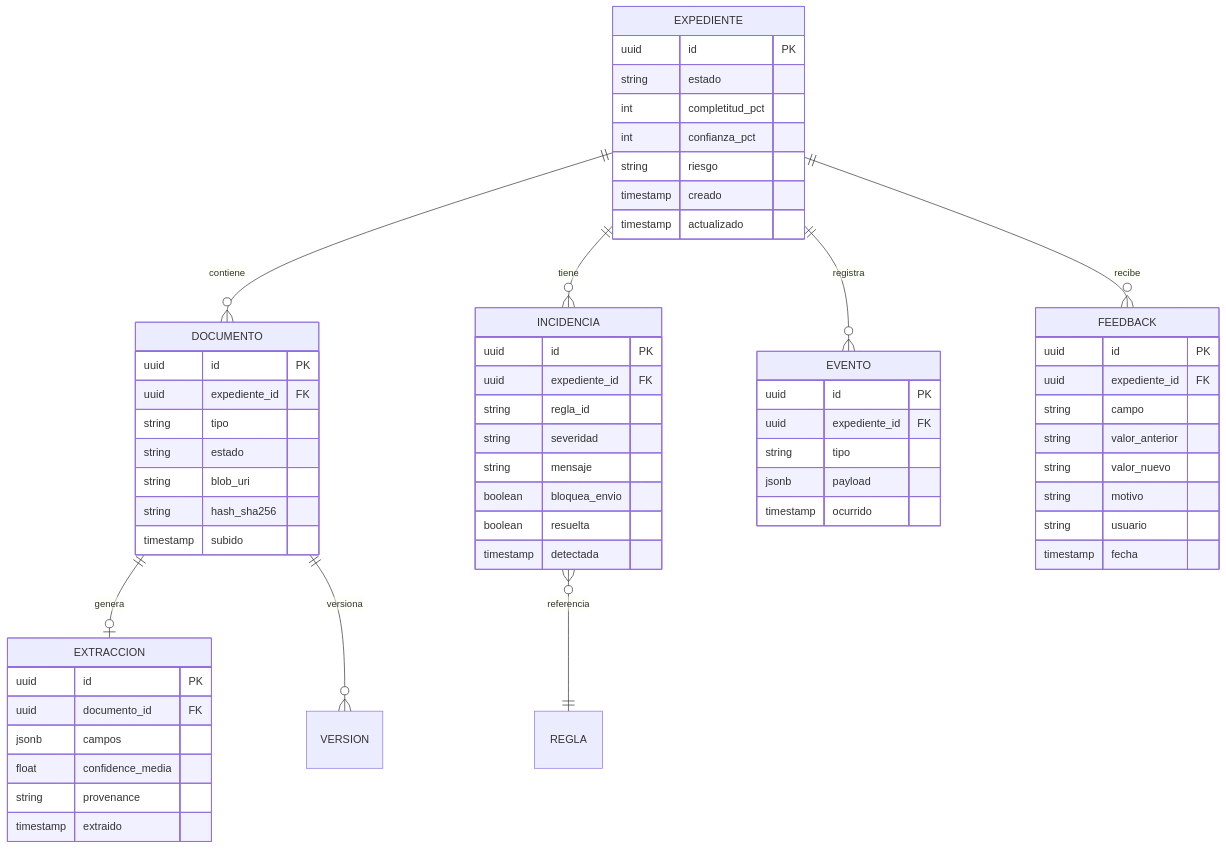
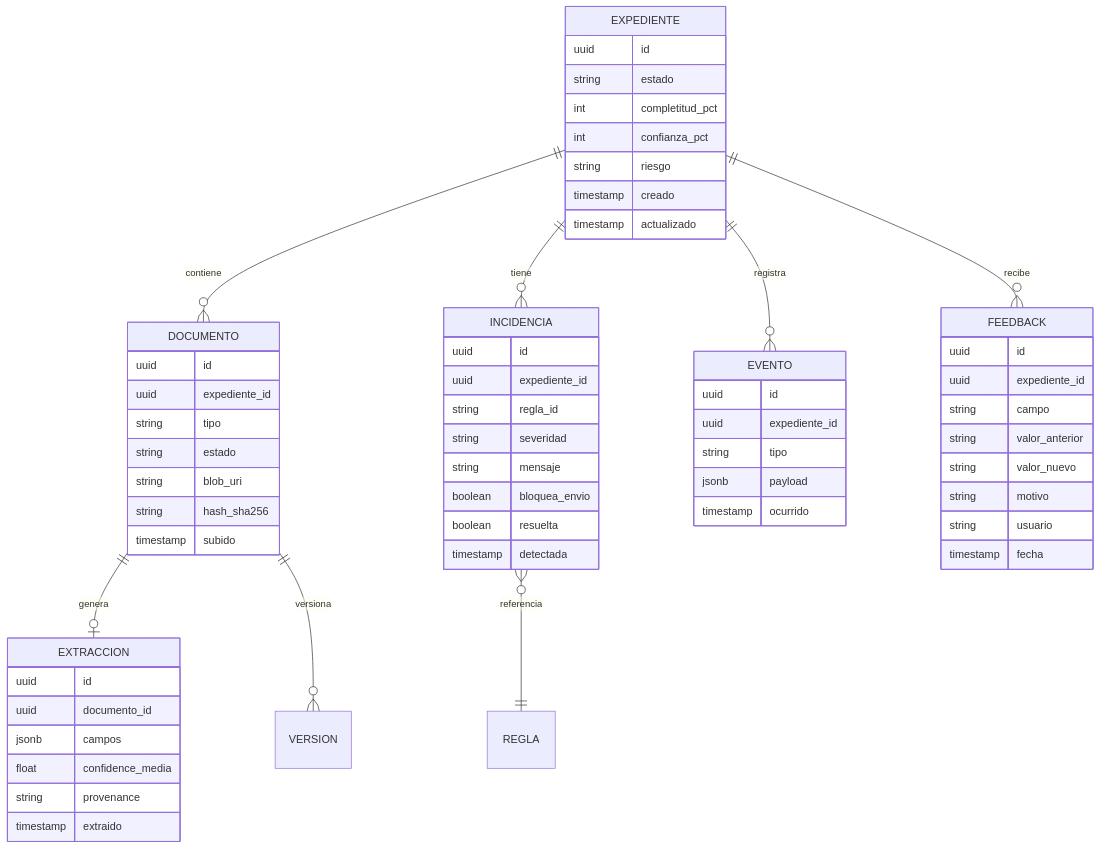
The sixth of 8 diagrams in caedocs/DISENO-TECNICO-v3.0.md (angelnietos/erp), drawn with Mermaid before and after one commit. The commit also changed other lines of this file and 6 other files, not shown here.

````diff
--- a/caedocs/DISENO-TECNICO-v3.0.md
+++ b/caedocs/DISENO-TECNICO-v3.0.md
@@ -689,69 +689,69 @@
 ```mermaid
 erDiagram
     EXPEDIENTE ||--o{ DOCUMENTO : contiene
     DOCUMENTO ||--o| EXTRACCION : genera
     EXPEDIENTE ||--o{ INCIDENCIA : tiene
     EXPEDIENTE ||--o{ EVENTO : registra
     INCIDENCIA }o--|| REGLA : referencia
     EXPEDIENTE ||--o{ FEEDBACK : recibe
     DOCUMENTO ||--o{ VERSION : versiona
 
     EXPEDIENTE {
-        uuid id PK
+        uuid id
         string estado
         int completitud_pct
         int confianza_pct
         string riesgo
         timestamp creado
         timestamp actualizado
     }
 
     DOCUMENTO {
-        uuid id PK
-        uuid expediente_id FK
+        uuid id
+        uuid expediente_id
         string tipo
         string estado
         string blob_uri
         string hash_sha256
         timestamp subido
     }
 
     EXTRACCION {
-        uuid id PK
-        uuid documento_id FK
+        uuid id
+        uuid documento_id
         jsonb campos
         float confidence_media
         string provenance
         timestamp extraido
     }
 
     INCIDENCIA {
-        uuid id PK
-        uuid expediente_id FK
+        uuid id
+        uuid expediente_id
         string regla_id
         string severidad
         string mensaje
         boolean bloquea_envio
         boolean resuelta
         timestamp detectada
     }
 
     FEEDBACK {
-        uuid id PK
-        uuid expediente_id FK
+        uuid id
+        uuid expediente_id
         string campo
         string valor_anterior
         string valor_nuevo
         string motivo
         string usuario
         timestamp fecha
     }
 
     EVENTO {
-        uuid id PK
-        uuid expediente_id FK
+        uuid id
+        uuid expediente_id
         string tipo
         jsonb payload
         timestamp ocurrido
     }
 ```
````
